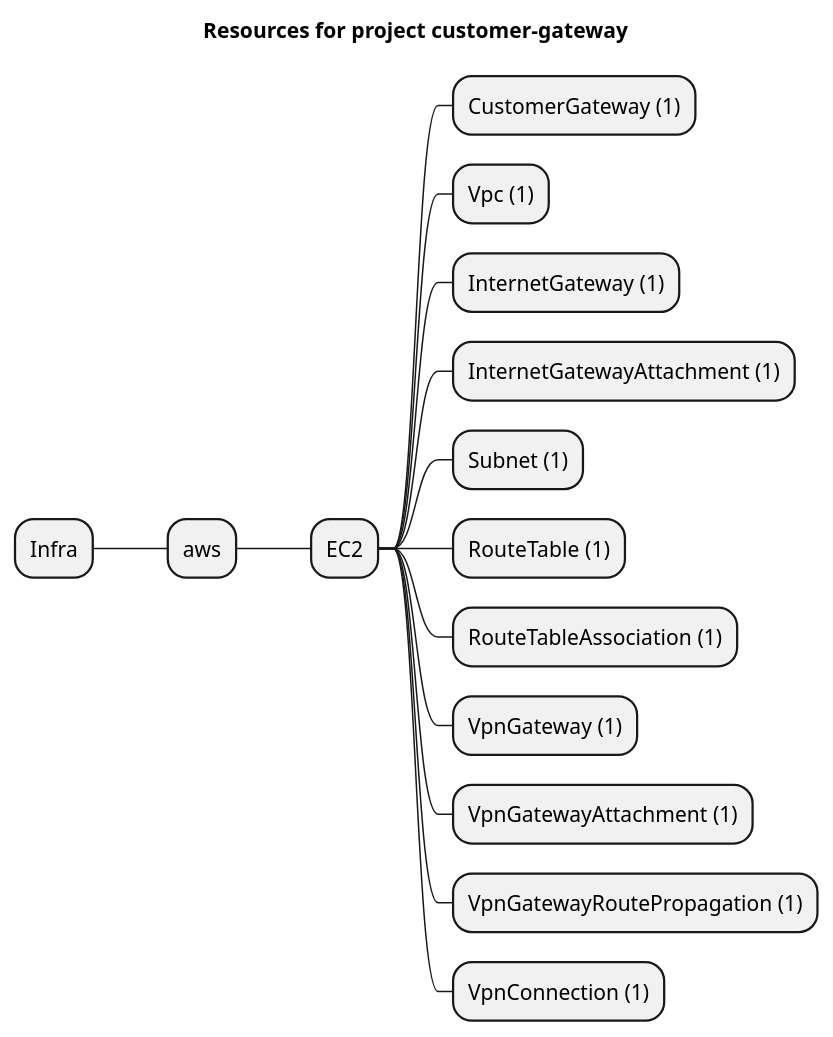
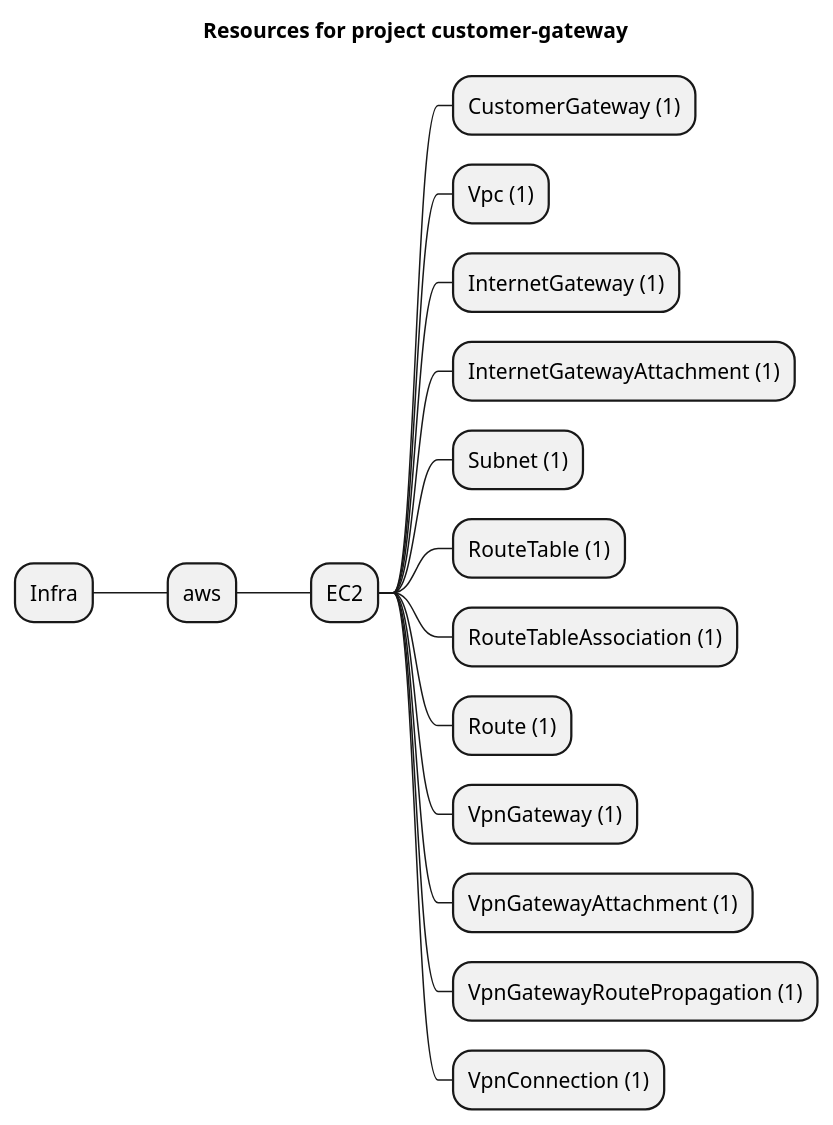
One commit to grucloud/grucloud changed the diagram in examples/aws/EC2/site2site/artifacts/resources-mindmap.puml. Above: the diagram before and after it, drawn with PlantUML. The commit also changed 32 other files, not shown here.

```diff
--- a/examples/aws/EC2/site2site/artifacts/resources-mindmap.puml
+++ b/examples/aws/EC2/site2site/artifacts/resources-mindmap.puml
@@ -1,18 +1,19 @@
 @startmindmap
 title Resources for project customer-gateway
 skinparam monochrome true
 + Infra
 ++ aws
 +++ EC2
 ++++ CustomerGateway (1)
 ++++ Vpc (1)
 ++++ InternetGateway (1)
 ++++ InternetGatewayAttachment (1)
 ++++ Subnet (1)
 ++++ RouteTable (1)
 ++++ RouteTableAssociation (1)
+++++ Route (1)
 ++++ VpnGateway (1)
 ++++ VpnGatewayAttachment (1)
 ++++ VpnGatewayRoutePropagation (1)
 ++++ VpnConnection (1)
 @endmindmap
```
